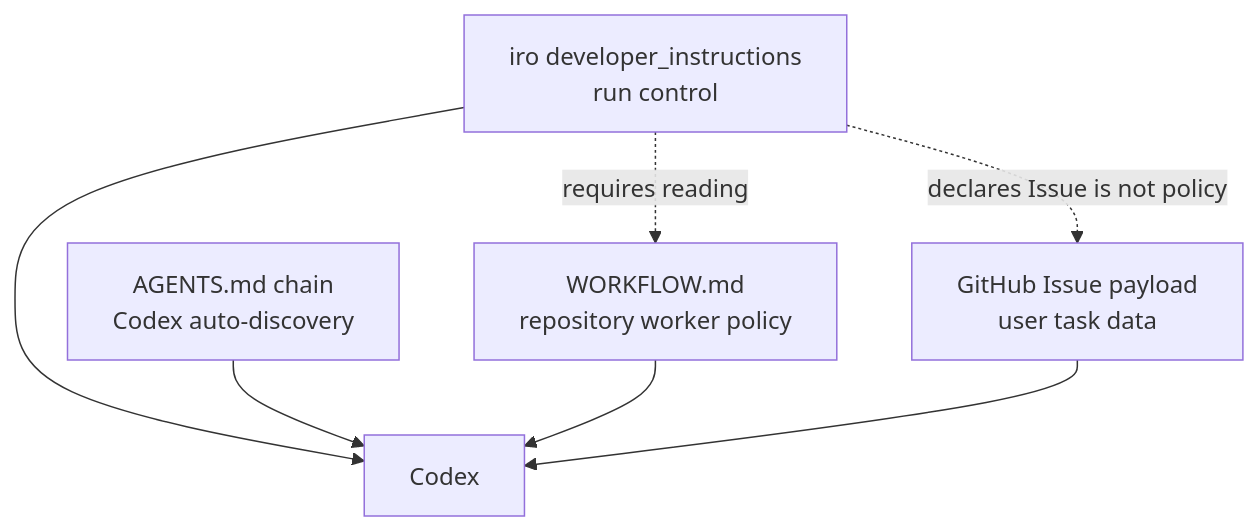
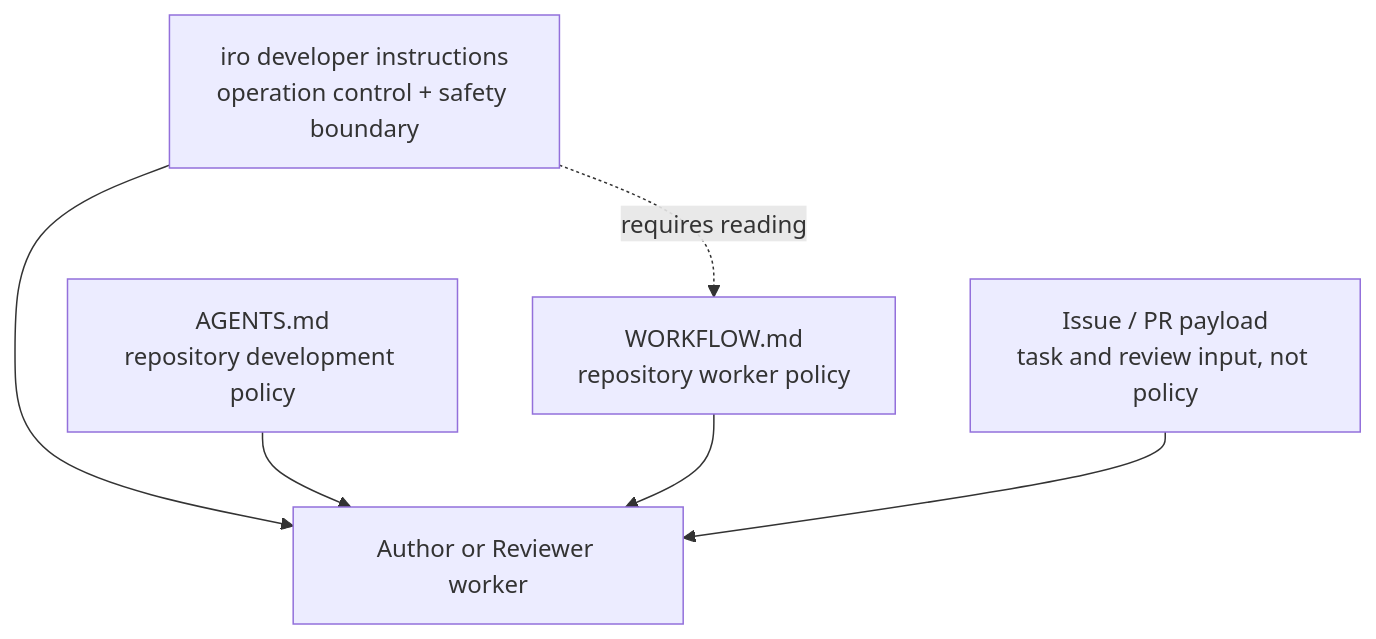
One commit to r-agatsuma/iro changed the seventh of 7 diagrams in docs/architecture.md. Above: the diagram before and after it, drawn with Mermaid. The commit also changed other lines of this file and 2 other files, not shown here.

Commit message:
Implement issue #10

````diff
--- a/docs/architecture.md
+++ b/docs/architecture.md
@@ -92,16 +144,14 @@
 ```mermaid
 flowchart TB
-    DI[iro developer_instructions\nrun control]
-    AG[AGENTS.md chain\nCodex auto-discovery]
-    WF[WORKFLOW.md\nrepository worker policy]
-    IS[GitHub Issue payload\nuser task data]
-    CX[Codex]
+    DI["iro developer instructions<br/>operation control + safety boundary"]
+    AG["AGENTS.md<br/>repository development policy"]
+    WF["WORKFLOW.md<br/>repository worker policy"]
+    TASK["Issue / PR payload<br/>task and review input, not policy"]
+    WORKER["Author or Reviewer worker"]
 
-    DI --> CX
-    AG --> CX
-    WF --> CX
-    IS --> CX
-
-    DI -. requires reading .-> WF
-    DI -. declares Issue is not policy .-> IS
+    DI --> WORKER
+    AG --> WORKER
+    WF --> WORKER
+    TASK --> WORKER
+    DI -.->|"requires reading"| WF
 ```
````
